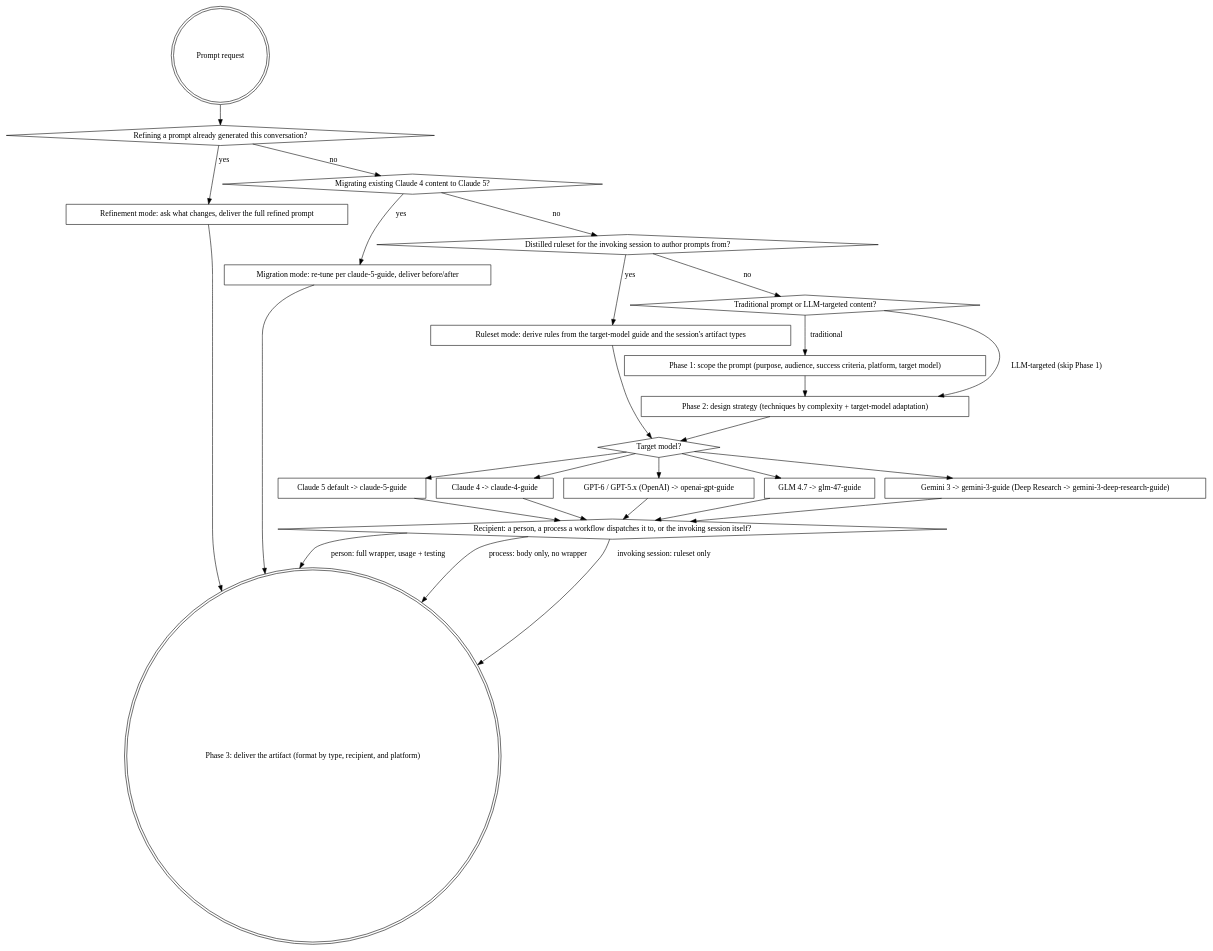
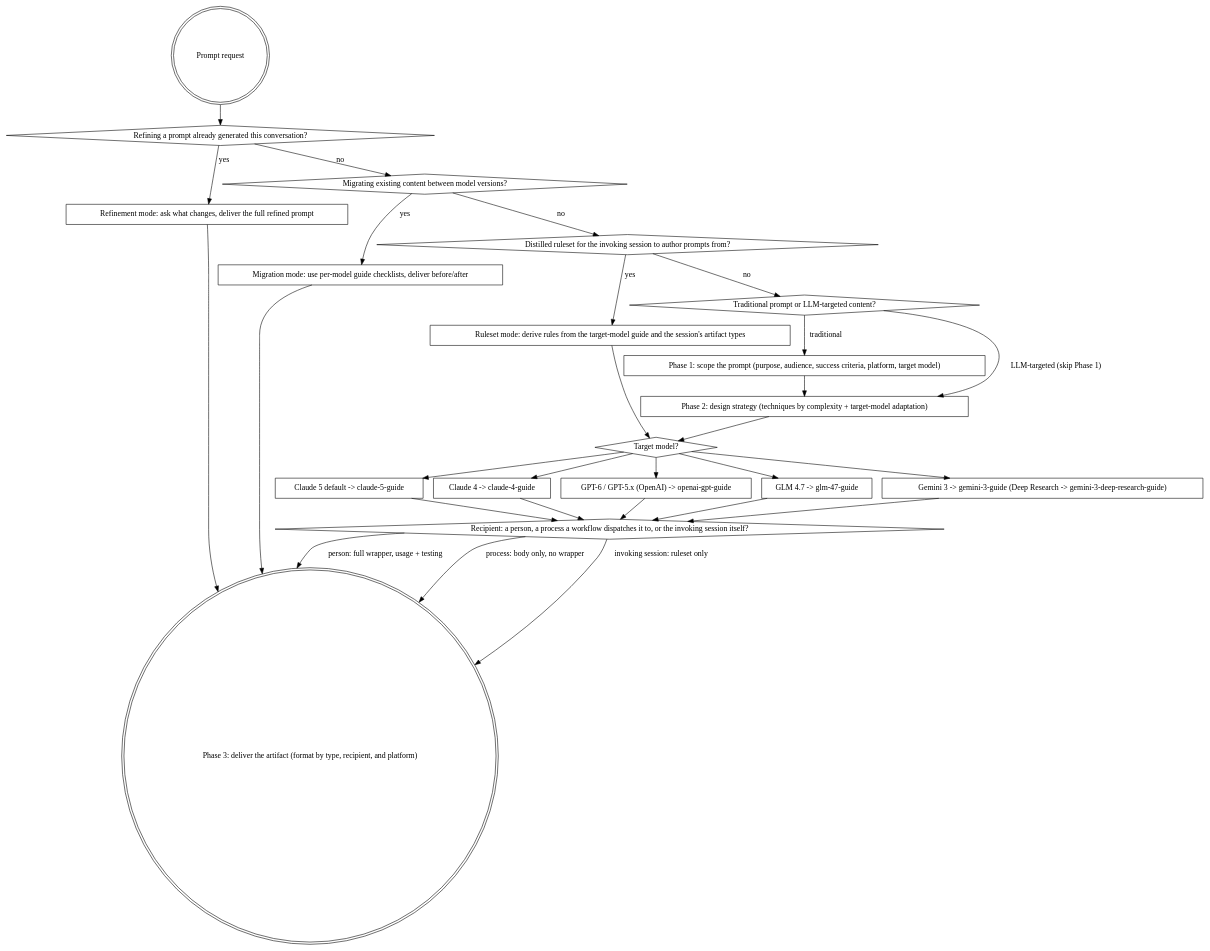
Before and after one commit to it-bens/ai-tools: the diagram in plugins/llm-author/skills/prompt-engineering/SKILL.md, drawn with Graphviz. The commit also changed other lines of this file and 33 other files, not shown here.

````diff
--- a/plugins/llm-author/skills/prompt-engineering/SKILL.md
+++ b/plugins/llm-author/skills/prompt-engineering/SKILL.md
@@ -47,50 +47,50 @@
 ```dot
 digraph prompt_engineering {
     "Prompt request" [shape=doublecircle];
     "Refining a prompt already generated this conversation?" [shape=diamond];
     "Refinement mode: ask what changes, deliver the full refined prompt" [shape=box];
-    "Migrating existing Claude 4 content to Claude 5?" [shape=diamond];
-    "Migration mode: re-tune per claude-5-guide, deliver before/after" [shape=box];
+    "Migrating existing content between model versions?" [shape=diamond];
+    "Migration mode: use per-model guide checklists, deliver before/after" [shape=box];
     "Distilled ruleset for the invoking session to author prompts from?" [shape=diamond];
     "Ruleset mode: derive rules from the target-model guide and the session's artifact types" [shape=box];
     "Traditional prompt or LLM-targeted content?" [shape=diamond];
     "Phase 1: scope the prompt (purpose, audience, success criteria, platform, target model)" [shape=box];
     "Phase 2: design strategy (techniques by complexity + target-model adaptation)" [shape=box];
     "Target model?" [shape=diamond];
     "Claude 5 default -> claude-5-guide" [shape=box];
     "Claude 4 -> claude-4-guide" [shape=box];
     "GPT-6 / GPT-5.x (OpenAI) -> openai-gpt-guide" [shape=box];
     "GLM 4.7 -> glm-47-guide" [shape=box];
     "Gemini 3 -> gemini-3-guide (Deep Research -> gemini-3-deep-research-guide)" [shape=box];
     "Recipient: a person, a process a workflow dispatches it to, or the invoking session itself?" [shape=diamond];
     "Phase 3: deliver the artifact (format by type, recipient, and platform)" [shape=doublecircle];
 
     "Prompt request" -> "Refining a prompt already generated this conversation?";
     "Refining a prompt already generated this conversation?" -> "Refinement mode: ask what changes, deliver the full refined prompt" [label="yes"];
     "Refinement mode: ask what changes, deliver the full refined prompt" -> "Phase 3: deliver the artifact (format by type, recipient, and platform)";
-    "Refining a prompt already generated this conversation?" -> "Migrating existing Claude 4 content to Claude 5?" [label="no"];
-    "Migrating existing Claude 4 content to Claude 5?" -> "Migration mode: re-tune per claude-5-guide, deliver before/after" [label="yes"];
-    "Migration mode: re-tune per claude-5-guide, deliver before/after" -> "Phase 3: deliver the artifact (format by type, recipient, and platform)";
-    "Migrating existing Claude 4 content to Claude 5?" -> "Distilled ruleset for the invoking session to author prompts from?" [label="no"];
+    "Refining a prompt already generated this conversation?" -> "Migrating existing content between model versions?" [label="no"];
+    "Migrating existing content between model versions?" -> "Migration mode: use per-model guide checklists, deliver before/after" [label="yes"];
+    "Migration mode: use per-model guide checklists, deliver before/after" -> "Phase 3: deliver the artifact (format by type, recipient, and platform)";
+    "Migrating existing content between model versions?" -> "Distilled ruleset for the invoking session to author prompts from?" [label="no"];
     "Distilled ruleset for the invoking session to author prompts from?" -> "Ruleset mode: derive rules from the target-model guide and the session's artifact types" [label="yes"];
     "Ruleset mode: derive rules from the target-model guide and the session's artifact types" -> "Target model?";
     "Distilled ruleset for the invoking session to author prompts from?" -> "Traditional prompt or LLM-targeted content?" [label="no"];
     "Traditional prompt or LLM-targeted content?" -> "Phase 1: scope the prompt (purpose, audience, success criteria, platform, target model)" [label="traditional"];
     "Traditional prompt or LLM-targeted content?" -> "Phase 2: design strategy (techniques by complexity + target-model adaptation)" [label="LLM-targeted (skip Phase 1)"];
     "Phase 1: scope the prompt (purpose, audience, success criteria, platform, target model)" -> "Phase 2: design strategy (techniques by complexity + target-model adaptation)";
     "Phase 2: design strategy (techniques by complexity + target-model adaptation)" -> "Target model?";
     "Target model?" -> "Claude 5 default -> claude-5-guide";
     "Target model?" -> "Claude 4 -> claude-4-guide";
     "Target model?" -> "GPT-6 / GPT-5.x (OpenAI) -> openai-gpt-guide";
     "Target model?" -> "GLM 4.7 -> glm-47-guide";
     "Target model?" -> "Gemini 3 -> gemini-3-guide (Deep Research -> gemini-3-deep-research-guide)";
     "Claude 5 default -> claude-5-guide" -> "Recipient: a person, a process a workflow dispatches it to, or the invoking session itself?";
     "Claude 4 -> claude-4-guide" -> "Recipient: a person, a process a workflow dispatches it to, or the invoking session itself?";
     "GPT-6 / GPT-5.x (OpenAI) -> openai-gpt-guide" -> "Recipient: a person, a process a workflow dispatches it to, or the invoking session itself?";
     "GLM 4.7 -> glm-47-guide" -> "Recipient: a person, a process a workflow dispatches it to, or the invoking session itself?";
     "Gemini 3 -> gemini-3-guide (Deep Research -> gemini-3-deep-research-guide)" -> "Recipient: a person, a process a workflow dispatches it to, or the invoking session itself?";
     "Recipient: a person, a process a workflow dispatches it to, or the invoking session itself?" -> "Phase 3: deliver the artifact (format by type, recipient, and platform)" [label="person: full wrapper, usage + testing"];
     "Recipient: a person, a process a workflow dispatches it to, or the invoking session itself?" -> "Phase 3: deliver the artifact (format by type, recipient, and platform)" [label="process: body only, no wrapper"];
     "Recipient: a person, a process a workflow dispatches it to, or the invoking session itself?" -> "Phase 3: deliver the artifact (format by type, recipient, and platform)" [label="invoking session: ruleset only"];
 }
 ```
````
